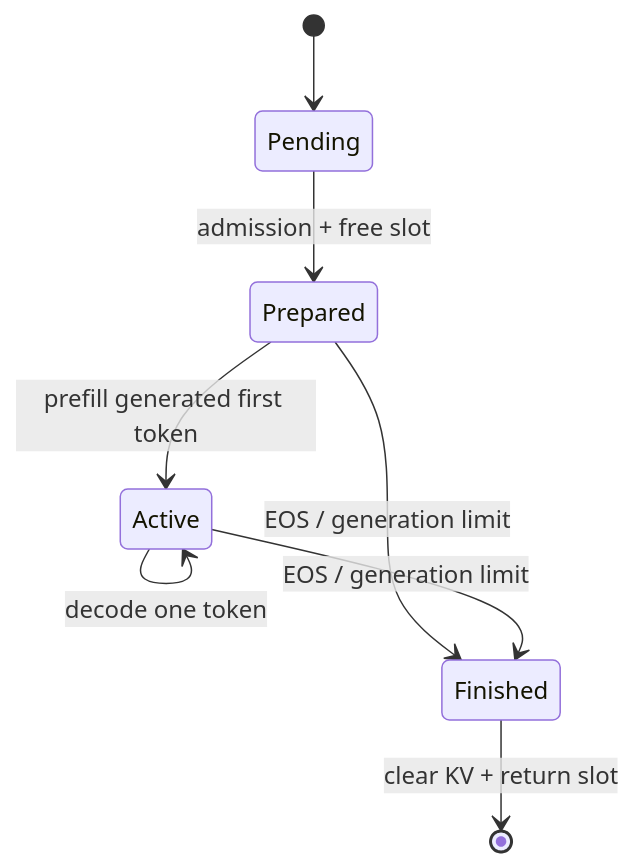
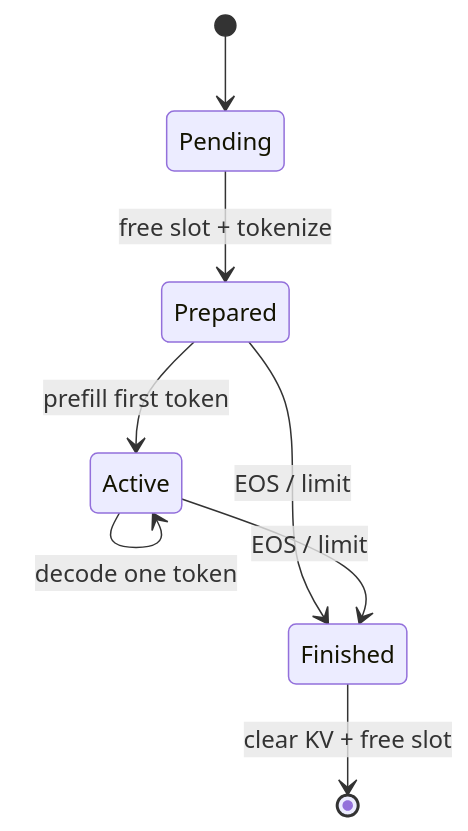
Before and after one commit to eagle-dai/easy_llm.cpp: the tenth of 12 diagrams in my/docs/easy_llm_guide.zh-CN.md, drawn with Mermaid. The commit also changed other lines of this file, not shown here.

````diff
--- a/my/docs/easy_llm_guide.zh-CN.md
+++ b/my/docs/easy_llm_guide.zh-CN.md
@@ -1231,10 +1615,10 @@
 ```mermaid
 stateDiagram-v2
     [*] --> Pending
-    Pending --> Prepared: admission + free slot
-    Prepared --> Active: prefill generated first token
-    Prepared --> Finished: EOS / generation limit
+    Pending --> Prepared: free slot + tokenize
+    Prepared --> Active: prefill first token
+    Prepared --> Finished: EOS / limit
     Active --> Active: decode one token
-    Active --> Finished: EOS / generation limit
-    Finished --> [*]: clear KV + return slot
+    Active --> Finished: EOS / limit
+    Finished --> [*]: clear KV + free slot
 ```
````
